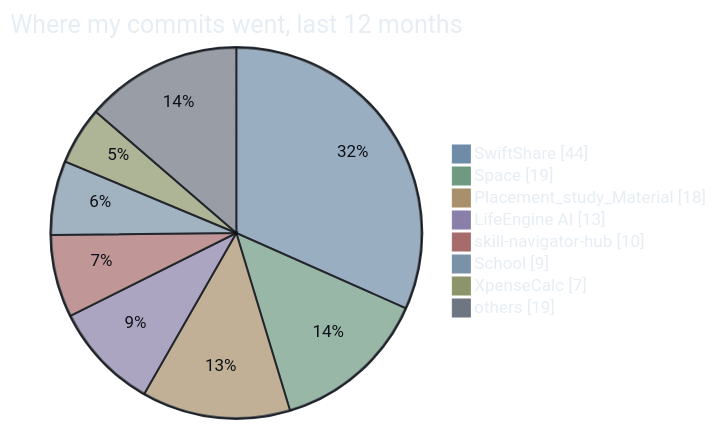
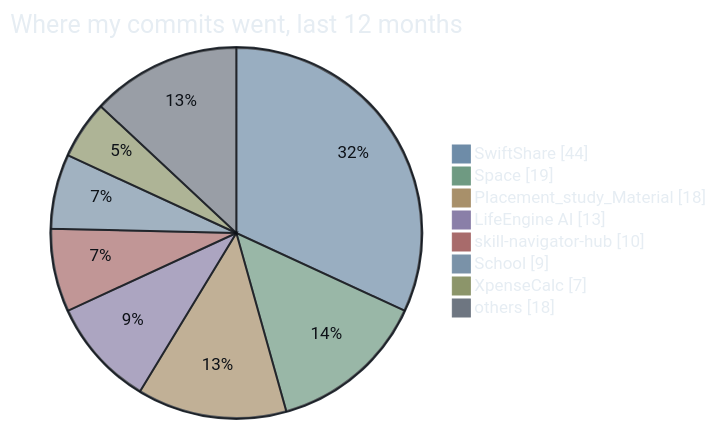
The seventh of 7 diagrams in README.md (AyushPandey510/AyushPandey510), drawn with Mermaid before and after one commit. The commit also changed other lines of this file and 6 other files, not shown here.

````diff
--- a/README.md
+++ b/README.md
@@ -187,12 +187,12 @@
 ```mermaid
 %%{init: {"theme":"base","themeVariables":{"pie1":"#6E8CA8","pie2":"#6F9A82","pie3":"#A8906A","pie4":"#8A7FA8","pie5":"#A86B6B","pie6":"#7A92A8","pie7":"#8C956A","pie8":"#6E7681","pieStrokeColor":"#0D1117","pieStrokeWidth":"2px","pieOuterStrokeColor":"#30363D","pieTitleTextColor":"#E6EDF3","pieSectionTextColor":"#0D1117","pieLegendTextColor":"#E6EDF3","fontFamily":"monospace"}}}%%
 pie showData title Where my commits went, last 12 months
     "SwiftShare" : 44
     "Space" : 19
     "Placement_study_Material" : 18
     "LifeEngine AI" : 13
     "skill-navigator-hub" : 10
     "School" : 9
     "XpenseCalc" : 7
-    "others" : 19
+    "others" : 18
 ```
````
